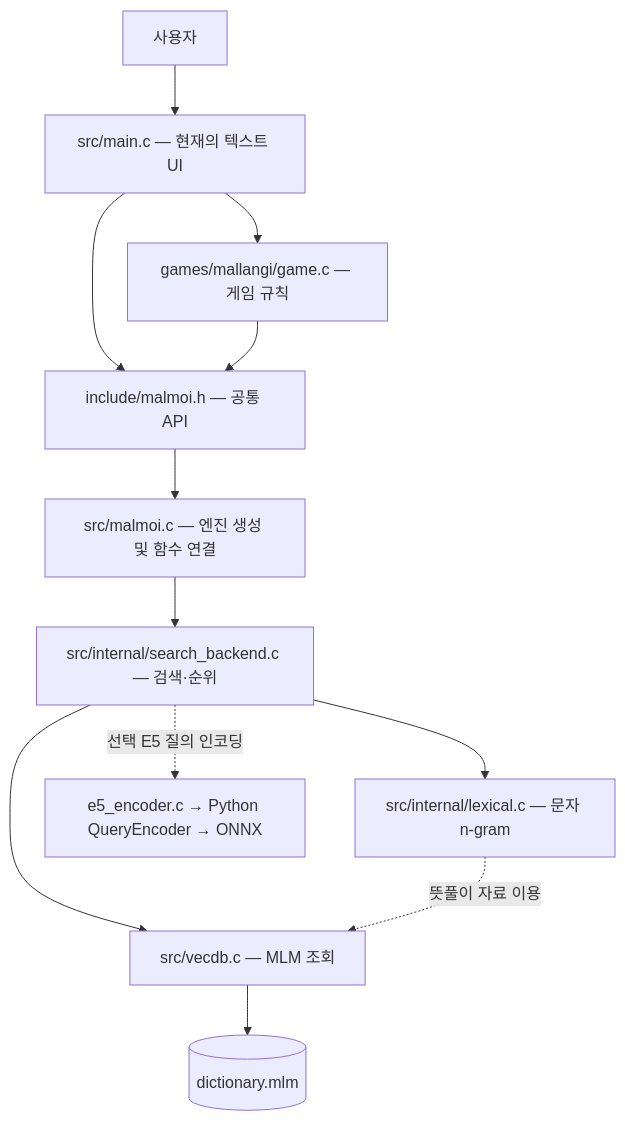
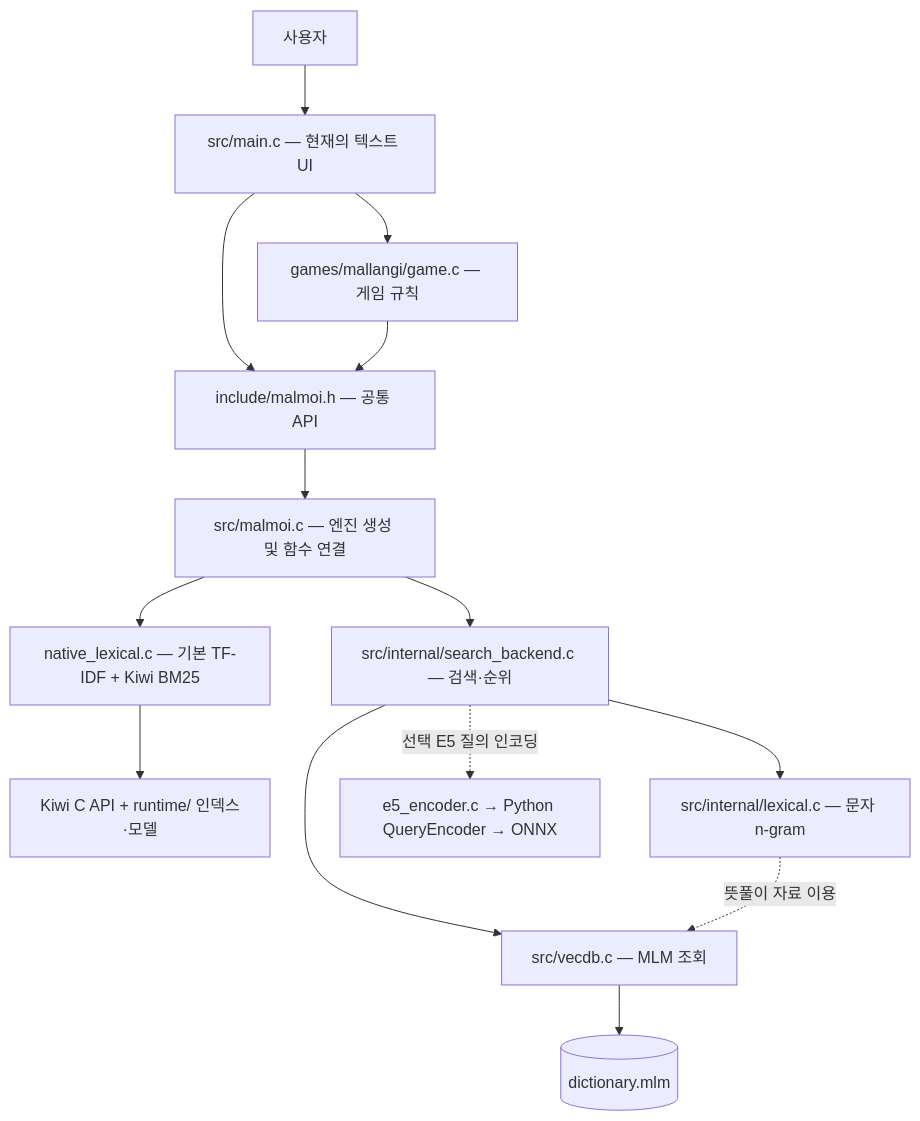
Before and after one commit to SuwonJ/malmoi: the first of 5 diagrams in docs/ARCHITECTURE.md, drawn with Mermaid. The commit also changed other lines of this file and 18 other files, not shown here.

Commit message:
Prepare native search runtime and index automatically by default

````diff
--- a/docs/ARCHITECTURE.md
+++ b/docs/ARCHITECTURE.md
@@ -13,14 +13,16 @@
 ```mermaid
 flowchart TB
     User["사용자"] --> App["src/main.c — 현재의 텍스트 UI"]
     App --> API["include/malmoi.h — 공통 API"]
     App --> Game["games/mallangi/game.c — 게임 규칙"]
     Game --> API
     API --> Facade["src/malmoi.c — 엔진 생성 및 함수 연결"]
+    Facade --> Native["native_lexical.c — 기본 TF-IDF + Kiwi BM25"]
+    Native --> Kiwi["Kiwi C API + runtime/ 인덱스·모델"]
     Facade --> Search["src/internal/search_backend.c — 검색·순위"]
     Search --> Lex["src/internal/lexical.c — 문자 n-gram"]
     Search -. "선택 E5 질의 인코딩" .-> E5["e5_encoder.c → Python QueryEncoder → ONNX"]
     Search --> Vec["src/vecdb.c — MLM 조회"]
     Lex -. "뜻풀이 자료 이용" .-> Vec
     Vec --> DB[("dictionary.mlm")]
 ```
````
